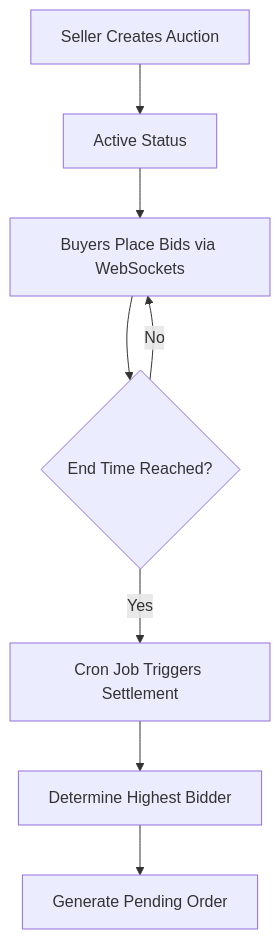
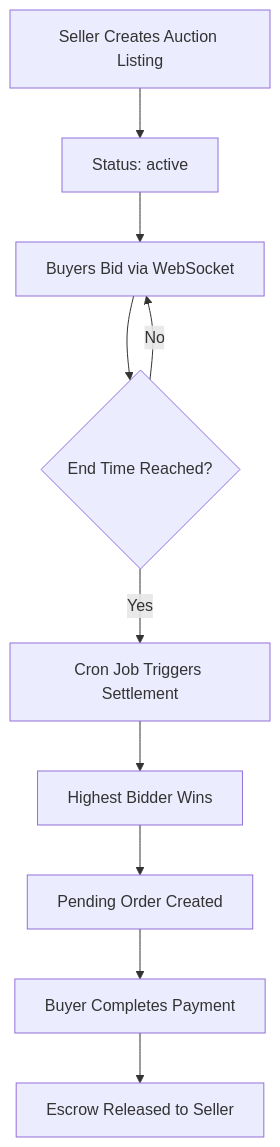
One commit to Sia3136/BidCraft changed the second of 7 diagrams in README.md. Above: the diagram before and after it, drawn with Mermaid. The commit also changed other lines of this file and 4 other files, not shown here.

````diff
--- a/README.md
+++ b/README.md
@@ -57,10 +96,12 @@
 ```mermaid
 flowchart TD
-    A[Seller Creates Auction] --> B[Active Status]
-    B --> C[Buyers Place Bids via WebSockets]
+    A[Seller Creates Auction Listing] --> B[Status: active]
+    B --> C[Buyers Bid via WebSocket]
     C --> D{End Time Reached?}
     D -- No --> C
     D -- Yes --> E[Cron Job Triggers Settlement]
-    E --> F[Determine Highest Bidder]
-    F --> G[Generate Pending Order]
+    E --> F[Highest Bidder Wins]
+    F --> G[Pending Order Created]
+    G --> H[Buyer Completes Payment]
+    H --> I[Escrow Released to Seller]
 ```
````
